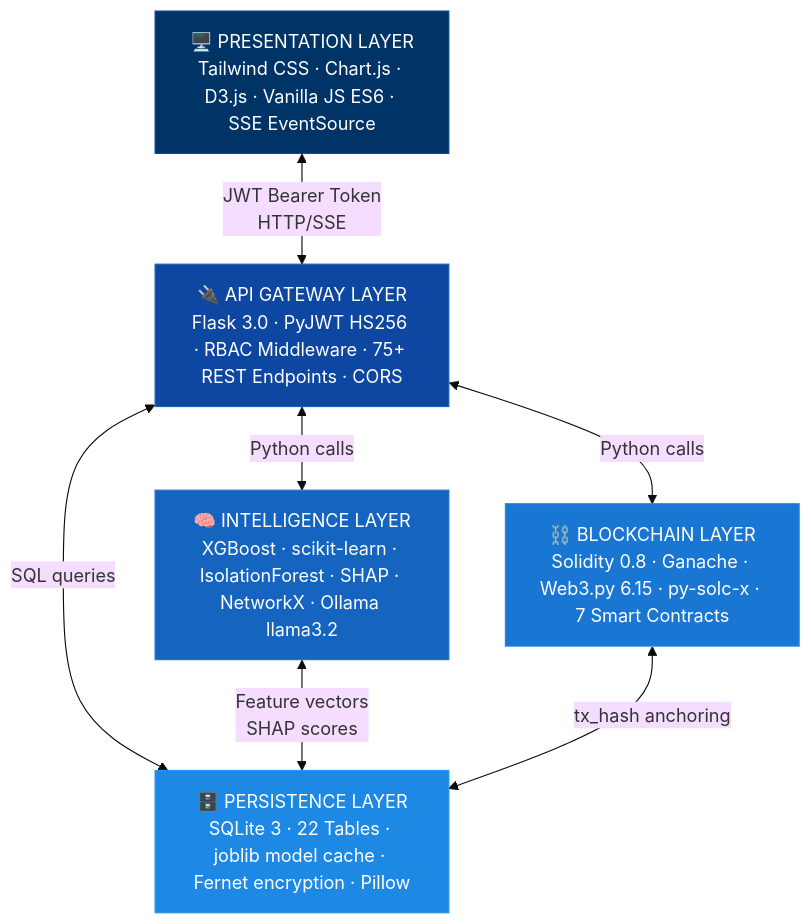
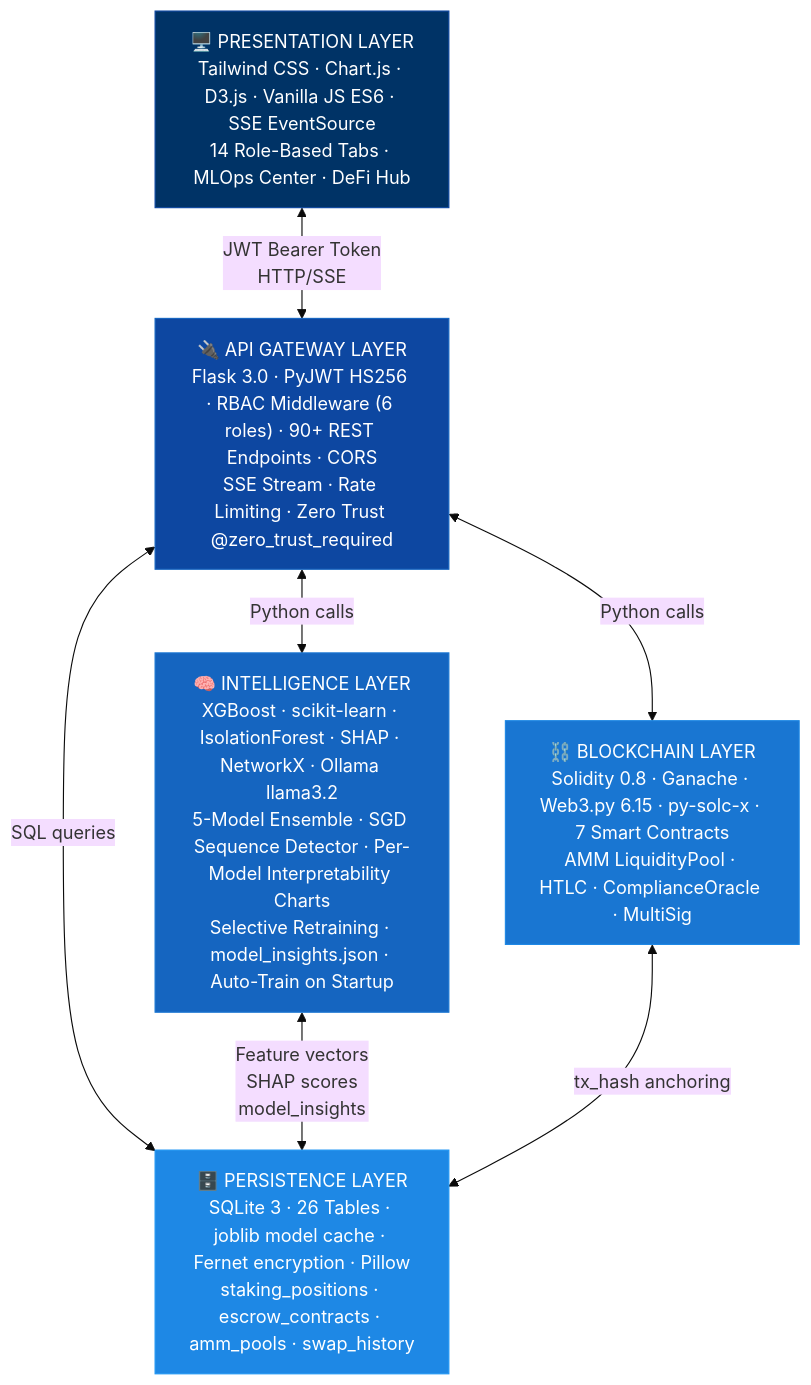
The first of 11 diagrams in README.md (mohammedidriss/G9-IPTS), drawn with Mermaid (base theme) before and after one commit. The commit also changed other lines of this file, not shown here.

````diff
--- a/README.md
+++ b/README.md
@@ -157,21 +159,21 @@
 ```mermaid
 flowchart TD
-    L1["🖥️ PRESENTATION LAYER\nTailwind CSS · Chart.js · D3.js · Vanilla JS ES6 · SSE EventSource"]
-    L2["🔌 API GATEWAY LAYER\nFlask 3.0 · PyJWT HS256 · RBAC Middleware · 75+ REST Endpoints · CORS"]
-    L3["🧠 INTELLIGENCE LAYER\nXGBoost · scikit-learn · IsolationForest · SHAP · NetworkX · Ollama llama3.2"]
-    L4["⛓️ BLOCKCHAIN LAYER\nSolidity 0.8 · Ganache · Web3.py 6.15 · py-solc-x · 7 Smart Contracts"]
-    L5["🗄️ PERSISTENCE LAYER\nSQLite 3 · 22 Tables · joblib model cache · Fernet encryption · Pillow"]
+    L1["🖥️ PRESENTATION LAYER\nTailwind CSS · Chart.js · D3.js · Vanilla JS ES6 · SSE EventSource\n14 Role-Based Tabs · MLOps Center · DeFi Hub"]
+    L2["🔌 API GATEWAY LAYER\nFlask 3.0 · PyJWT HS256 · RBAC Middleware (6 roles) · 90+ REST Endpoints · CORS\nSSE Stream · Rate Limiting · Zero Trust @zero_trust_required"]
+    L3["🧠 INTELLIGENCE LAYER\nXGBoost · scikit-learn · IsolationForest · SHAP · NetworkX · Ollama llama3.2\n5-Model Ensemble · SGD Sequence Detector · Per-Model Interpretability Charts\nSelective Retraining · model_insights.json · Auto-Train on Startup"]
+    L4["⛓️ BLOCKCHAIN LAYER\nSolidity 0.8 · Ganache · Web3.py 6.15 · py-solc-x · 7 Smart Contracts\nAMM LiquidityPool · HTLC · ComplianceOracle · MultiSig"]
+    L5["🗄️ PERSISTENCE LAYER\nSQLite 3 · 26 Tables · joblib model cache · Fernet encryption · Pillow\nstaking_positions · escrow_contracts · amm_pools · swap_history"]
 
     L1 <-->|"JWT Bearer Token\nHTTP/SSE"| L2
     L2 <-->|"Python calls"| L3
     L2 <-->|"Python calls"| L4
     L2 <-->|"SQL queries"| L5
-    L3 <-->|"Feature vectors\nSHAP scores"| L5
+    L3 <-->|"Feature vectors\nSHAP scores\nmodel_insights"| L5
     L4 <-->|"tx_hash anchoring"| L5
 
     style L1 fill:#003366,color:#fff,stroke:#0D47A1
     style L2 fill:#0D47A1,color:#fff,stroke:#1565C0
     style L3 fill:#1565C0,color:#fff,stroke:#1976D2
     style L4 fill:#1976D2,color:#fff,stroke:#1E88E5
     style L5 fill:#1E88E5,color:#fff,stroke:#2196F3
 ```
````
